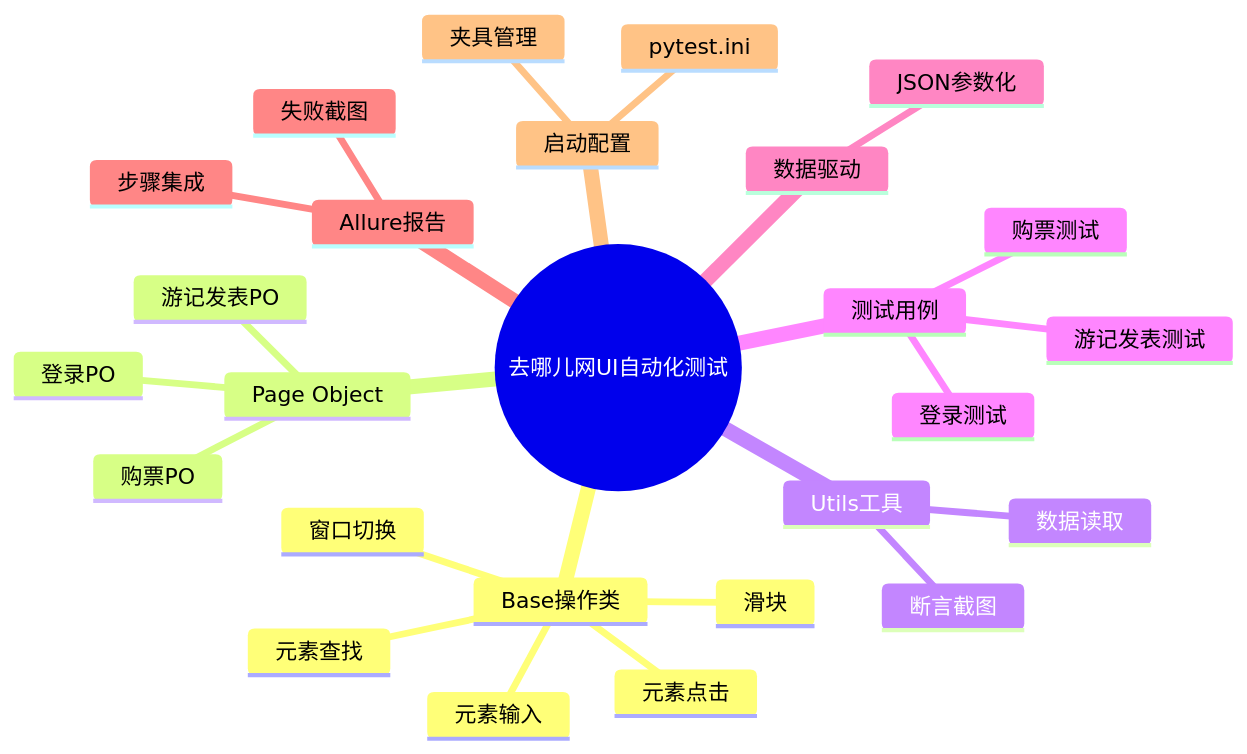
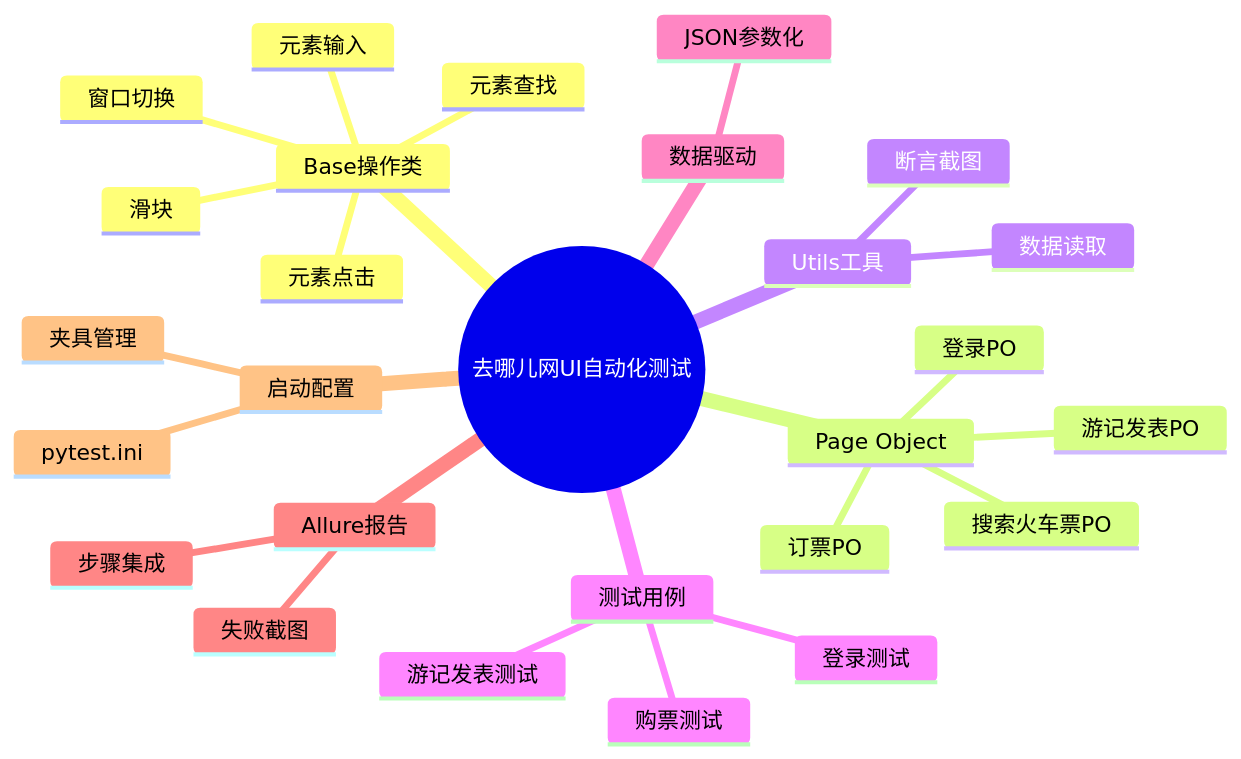
One commit to Yusaong/TravelWebAutoTest changed the diagram in readme.md. Above: the diagram before and after it, drawn with Mermaid. The commit also changed 5 other files, not shown here.

````diff
--- a/readme.md
+++ b/readme.md
@@ -30,29 +30,30 @@
 ```mermaid
 mindmap
   root((去哪儿网UI自动化测试))
     Base操作类
       元素查找
       元素点击
       元素输入
       滑块
       窗口切换
     Page Object
       登录PO
-      购票PO
+      搜索火车票PO
+      订票PO
       游记发表PO
     Utils工具
       断言截图
       数据读取
     测试用例
       登录测试
       购票测试
       游记发表测试
     数据驱动
       JSON参数化
     Allure报告
       步骤集成
       失败截图
     启动配置
       pytest.ini
       夹具管理
 ```
````
